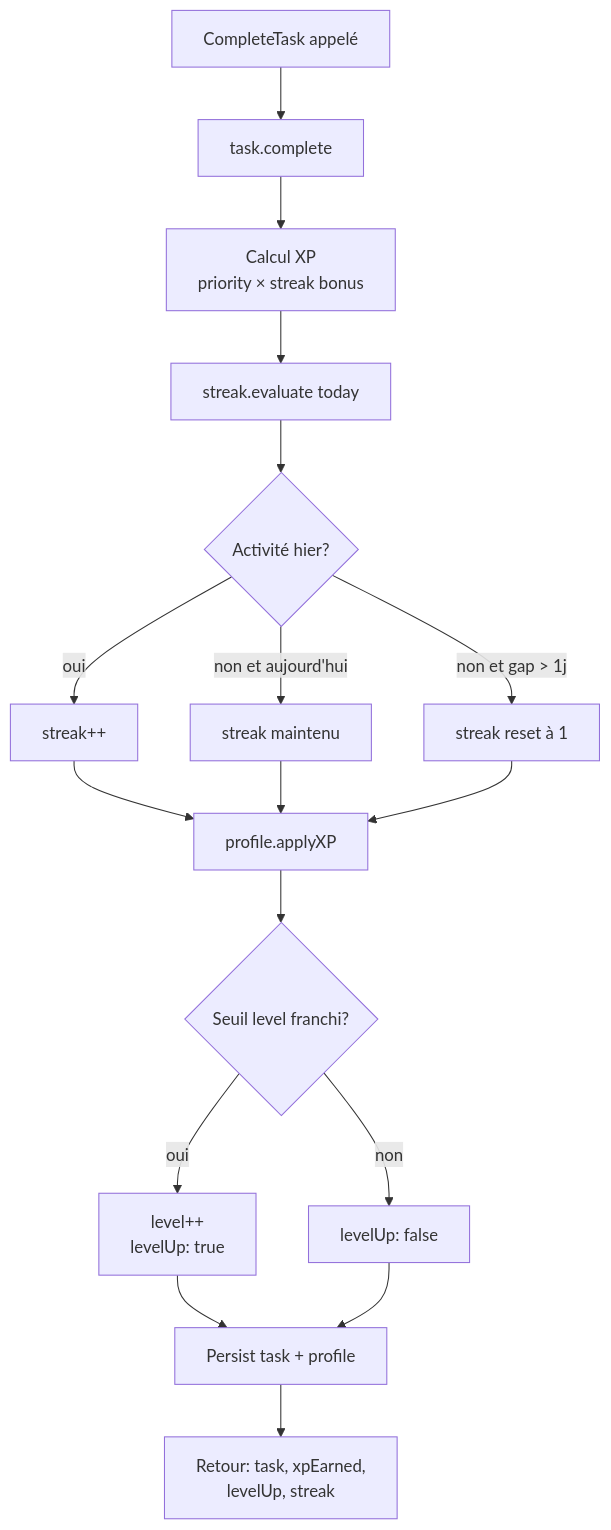
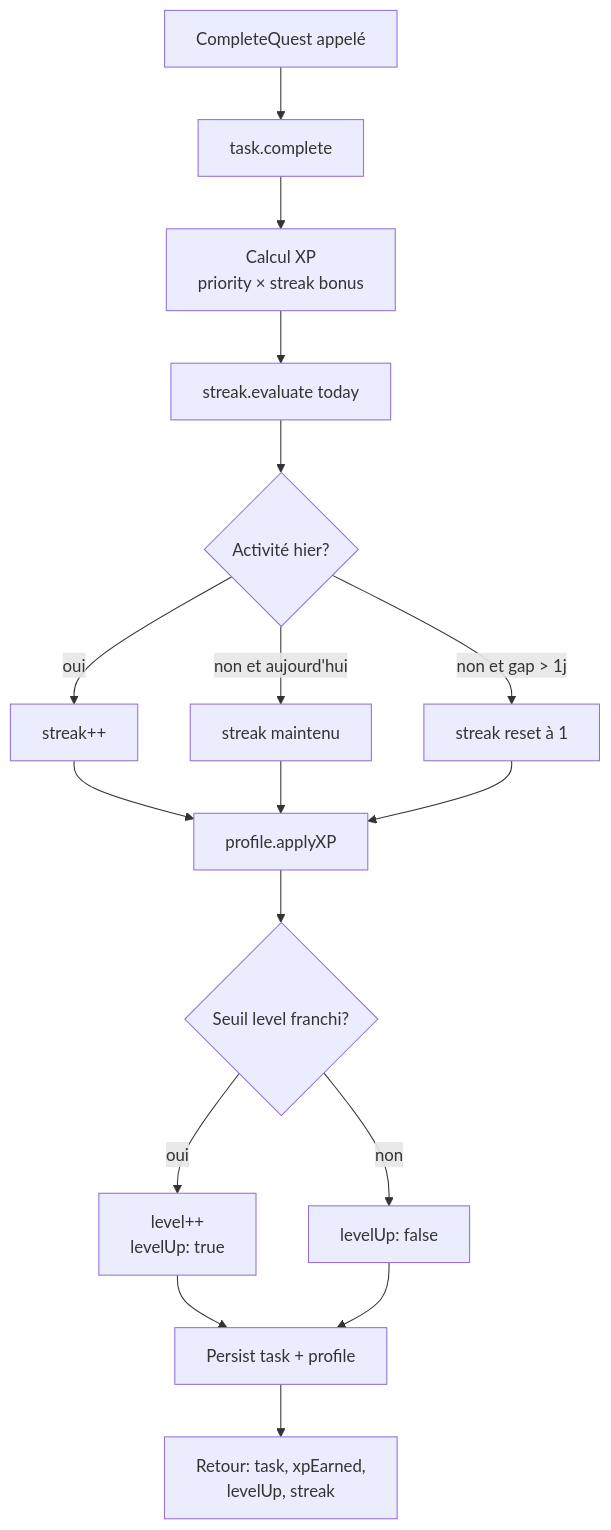
Before and after one commit to ybeneito/respawn: the second of 3 diagrams in docs/superpowers/specs/2026-05-17-respawn-design.md, drawn with Mermaid. The commit also changed other lines of this file and 1 other file, not shown here.

Commit message:
docs: update spec with design system tokens, quest/duel vocabulary, XP values, i18n strategy

````diff
--- a/docs/superpowers/specs/2026-05-17-respawn-design.md
+++ b/docs/superpowers/specs/2026-05-17-respawn-design.md
@@ -538,19 +630,19 @@
 ```mermaid
 flowchart TD
-    A[CompleteTask appelé] --> B[task.complete]
+    A[CompleteQuest appelé] --> B[task.complete]
     B --> C[Calcul XP\npriority × streak bonus]
     C --> D[streak.evaluate today]
     D --> E{Activité hier?}
     E -->|oui| F[streak++]
     E -->|non et aujourd'hui| G[streak maintenu]
     E -->|non et gap > 1j| H[streak reset à 1]
     F --> I[profile.applyXP]
     G --> I
     H --> I
     I --> J{Seuil level franchi?}
     J -->|oui| K[level++\nlevelUp: true]
     J -->|non| L[levelUp: false]
     K --> M[Persist task + profile]
     L --> M
     M --> N[Retour: task, xpEarned,\nlevelUp, streak]
 ```
````
